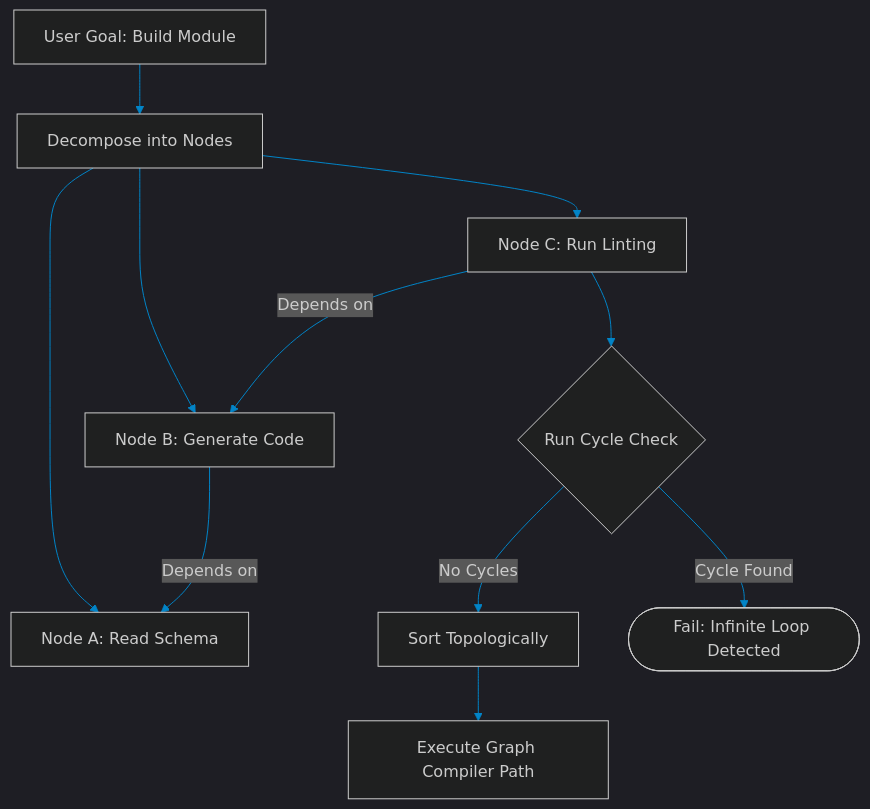
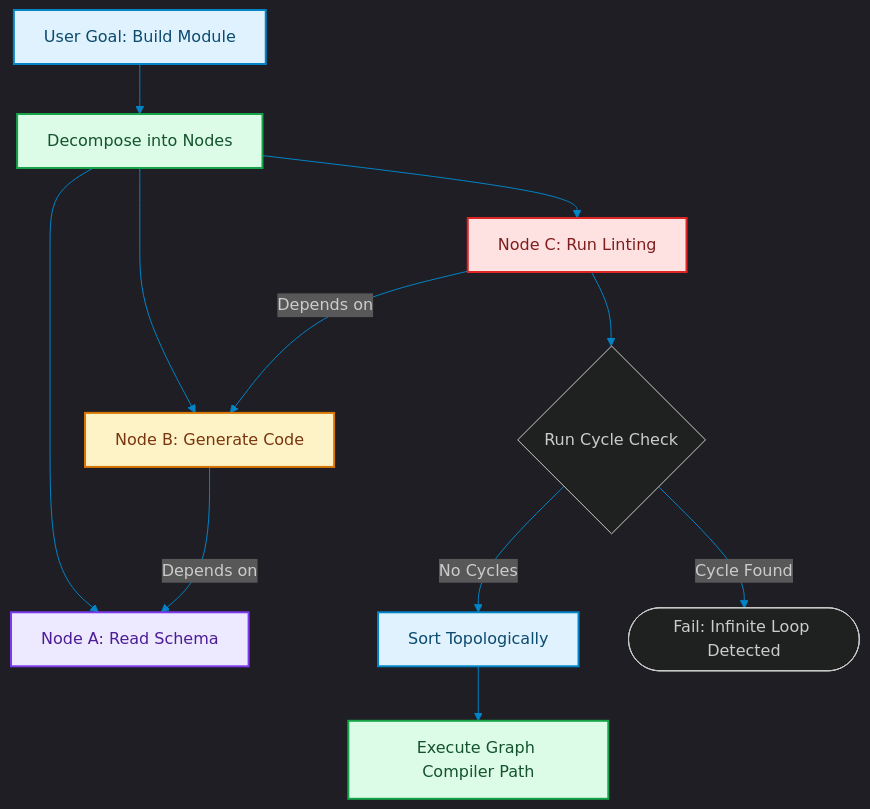
The diagram in blog/posts/orchestration-dag-compilation-goal-decomposition.md (akmalkhaniub/akmalkhaniub.github.io), drawn with Mermaid before and after one commit. The commit also changed other lines of this file and 1291 other files, not shown here.

First line of the commit message:
feat(catalog): unique covers, scholarly references, and diagram palettes

````diff
--- a/blog/posts/orchestration-dag-compilation-goal-decomposition.md
+++ b/blog/posts/orchestration-dag-compilation-goal-decomposition.md
@@ -16,18 +16,29 @@
 ```mermaid
 %%{init: {'theme': 'dark', 'themeVariables': { 'primaryColor': '#0284c7', 'primaryTextColor': '#f3f4f6', 'primaryBorderColor': '#38bdf8', 'lineColor': '#0284c7', 'secondaryColor': '#111827', 'tertiaryColor': '#0b0f19'}}}%%
 flowchart TD
-    Goal[User Goal: Build Module] --> Parse[Decompose into Nodes]
+    Goal["User Goal: Build Module"] --> Parse["Decompose into Nodes"]
     
-    Parse --> NodeA[Node A: Read Schema]
-    Parse --> NodeB[Node B: Generate Code]
-    Parse --> NodeC[Node C: Run Linting]
+    Parse --> NodeA["Node A: Read Schema"]
+    Parse --> NodeB["Node B: Generate Code"]
+    Parse --> NodeC["Node C: Run Linting"]
     
     NodeB -->|Depends on| NodeA
     NodeC -->|Depends on| NodeB
     
     NodeC --> Validate{Run Cycle Check}
-    Validate -->|No Cycles| Sort[Sort Topologically]
+    Validate -->|No Cycles| Sort["Sort Topologically"]
     Validate -->|Cycle Found| Error([Fail: Infinite Loop Detected])
     
-    Sort --> Exec[Execute Graph Compiler Path]
+    Sort --> Exec["Execute Graph Compiler Path"]
+
+classDef green fill:#dcfce7,stroke:#16a34a,stroke-width:2px,color:#14532d;
+classDef red fill:#fee2e2,stroke:#dc2626,stroke-width:2px,color:#7f1d1d;
+classDef blue fill:#e0f2fe,stroke:#0284c7,stroke-width:2px,color:#0c4a6e;
+classDef yellow fill:#fef3c7,stroke:#d97706,stroke-width:2px,color:#78350f;
+classDef purple fill:#ede9fe,stroke:#7c3aed,stroke-width:2px,color:#4c1d95;
+class Goal,Sort blue
+class Parse,Exec green
+class NodeA purple
+class NodeB yellow
+class NodeC red
 ```
````
